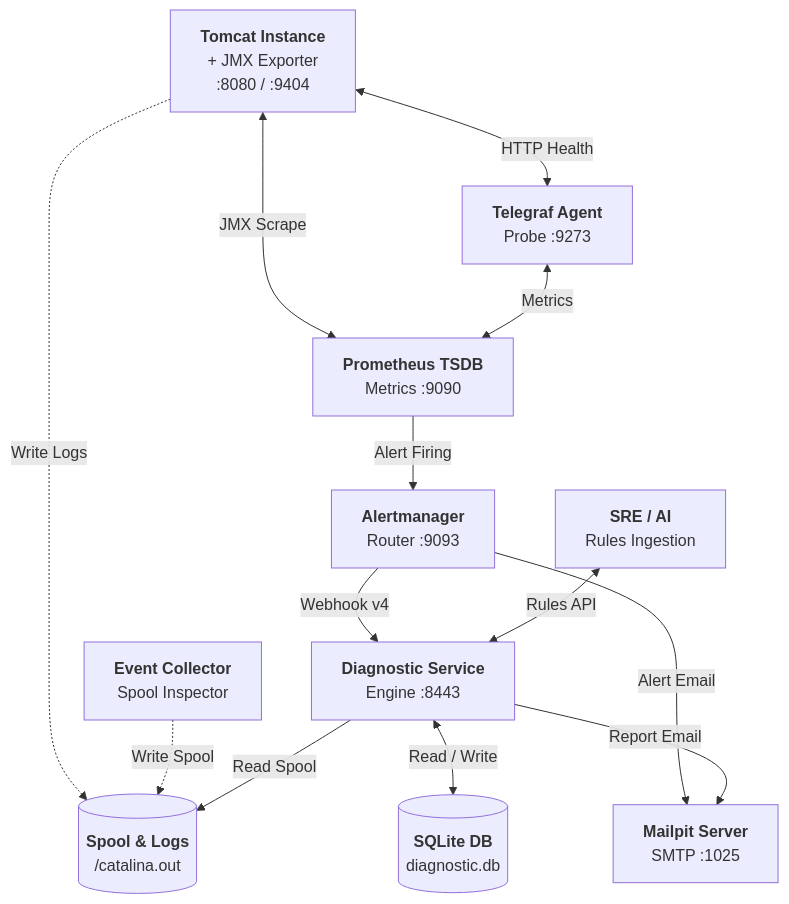
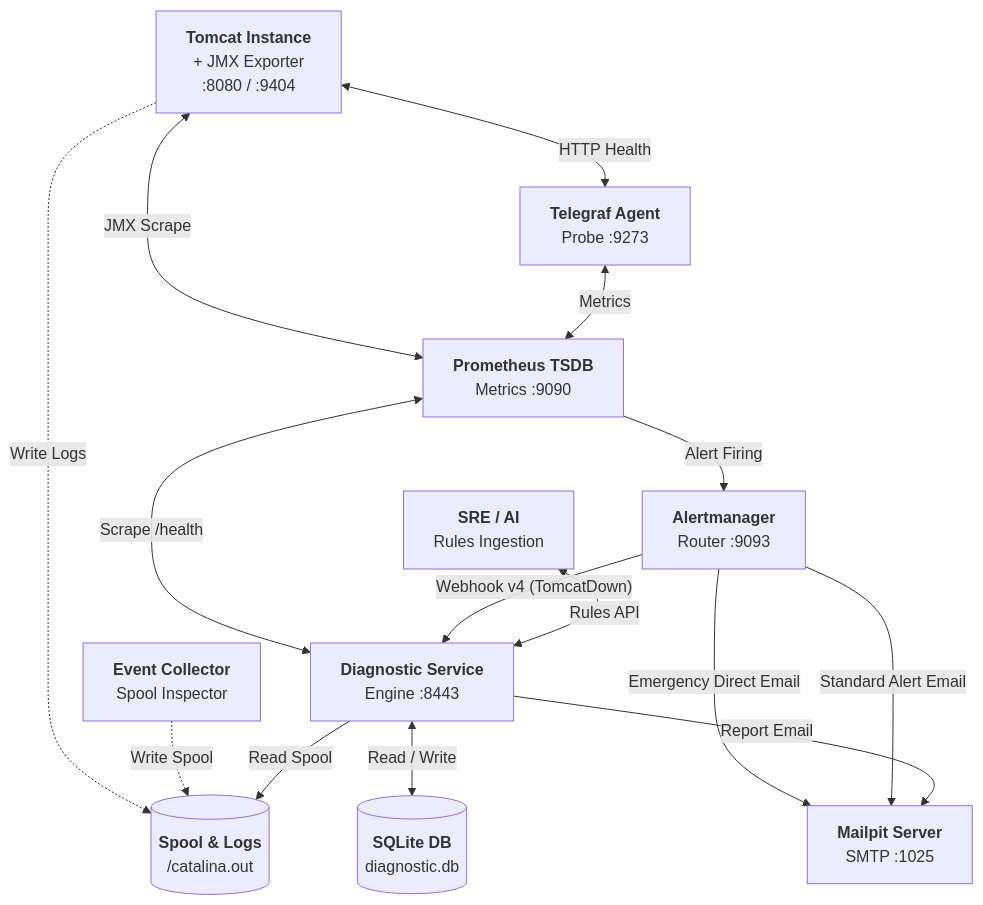
One commit to edkas07-oss/tomcat-monitoring changed the diagram in README.md. Above: the diagram before and after it, drawn with Mermaid. The commit also changed other lines of this file, not shown here.

Commit message:
docs: update topology diagram, components, and status matrix with self-monitoring and auto-healing

````diff
--- a/README.md
+++ b/README.md
@@ -11,29 +11,31 @@
 ```mermaid
 flowchart TD
     TOMCAT["<b>Tomcat Instance</b><br/>+ JMX Exporter<br/>:8080 / :9404"]
     TELEGRAF["<b>Telegraf Agent</b><br/>Probe :9273"]
     PROM["<b>Prometheus TSDB</b><br/>Metrics :9090"]
     AM["<b>Alertmanager</b><br/>Router :9093"]
     DS["<b>Diagnostic Service</b><br/>Engine :8443"]
     COLLECTOR["<b>Event Collector</b><br/>Spool Inspector"]
     LOGS[("<b>Spool & Logs</b><br/>/catalina.out")]
     SQLITE[("<b>SQLite DB</b><br/>diagnostic.db")]
     MAILPIT["<b>Mailpit Server</b><br/>SMTP :1025"]
     SRE["<b>SRE / AI</b><br/>Rules Ingestion"]
 
     TOMCAT <-->|"HTTP Health"| TELEGRAF
     TOMCAT <-->|"JMX Scrape"| PROM
     TELEGRAF <-->|"Metrics"| PROM
+    PROM <-->|"Scrape /health"| DS
     TOMCAT -.->|"Write Logs"| LOGS
     COLLECTOR -.->|"Write Spool"| LOGS
 
     PROM -->|"Alert Firing"| AM
-    AM -->|"Webhook v4"| DS
-    AM -->|"Alert Email"| MAILPIT
+    AM -->|"Webhook v4 (TomcatDown)"| DS
+    AM -->|"Emergency Direct Email"| MAILPIT
+    AM -->|"Standard Alert Email"| MAILPIT
 
     DS -->|"Read Spool"| LOGS
     DS <-->|"Read / Write"| SQLITE
     DS -->|"Report Email"| MAILPIT
 
     SRE <-->|"Rules API"| DS
 ```
````
